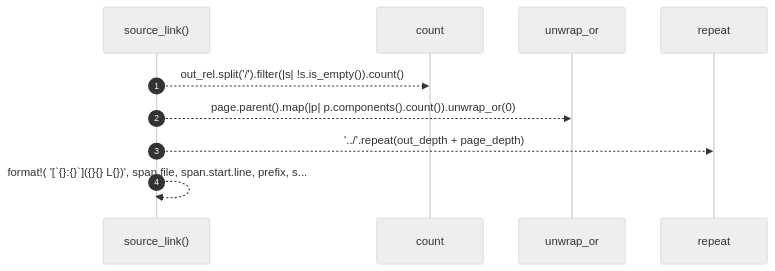
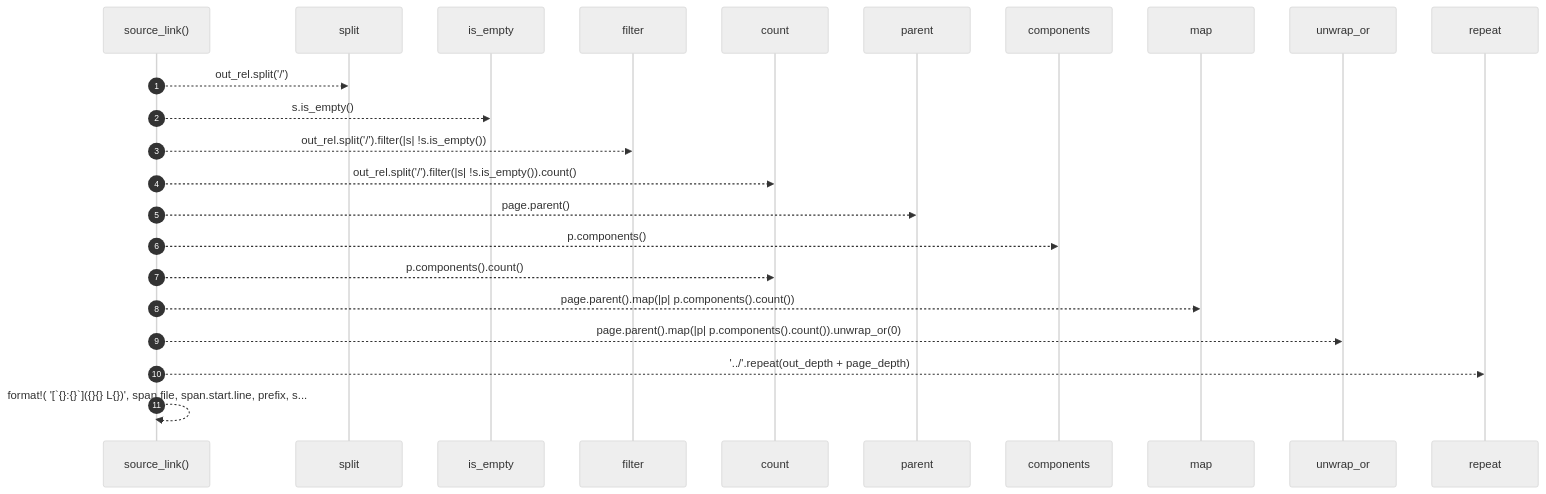
One commit to RyanGuild/self-describing-code changed the diagram in docs/self-model/robby_render/tree/source-link.md. Above: the diagram before and after it, drawn with Mermaid (neutral theme). The commit also changed other lines of this file and 1404 other files, not shown here.

````diff
--- a/docs/self-model/robby_render/tree/source-link.md
+++ b/docs/self-model/robby_render/tree/source-link.md
@@ -27,12 +27,25 @@
 ```mermaid
 sequenceDiagram
     autonumber
     participant source_link as source_link()
+    participant split as split
+    participant is_empty as is_empty
+    participant filter as filter
     participant count as count
+    participant parent as parent
+    participant components as components
+    participant map as map
     participant unwrap_or as unwrap_or
     participant repeat as repeat
+    source_link-->>split: out_rel.split('/')
+    source_link-->>is_empty: s.is_empty()
+    source_link-->>filter: out_rel.split('/').filter(|s| !s.is_empty())
     source_link-->>count: out_rel.split('/').filter(|s| !s.is_empty()).count()
+    source_link-->>parent: page.parent()
+    source_link-->>components: p.components()
+    source_link-->>count: p.components().count()
+    source_link-->>map: page.parent().map(|p| p.components().count())
     source_link-->>unwrap_or: page.parent().map(|p| p.components().count()).unwrap_or(0)
     source_link-->>repeat: '../'.repeat(out_depth + page_depth)
     source_link-->>source_link: format!( '[`{}:{}`]({}{} L{})', span.file, span.start.line, prefix, s...
 ```
````
